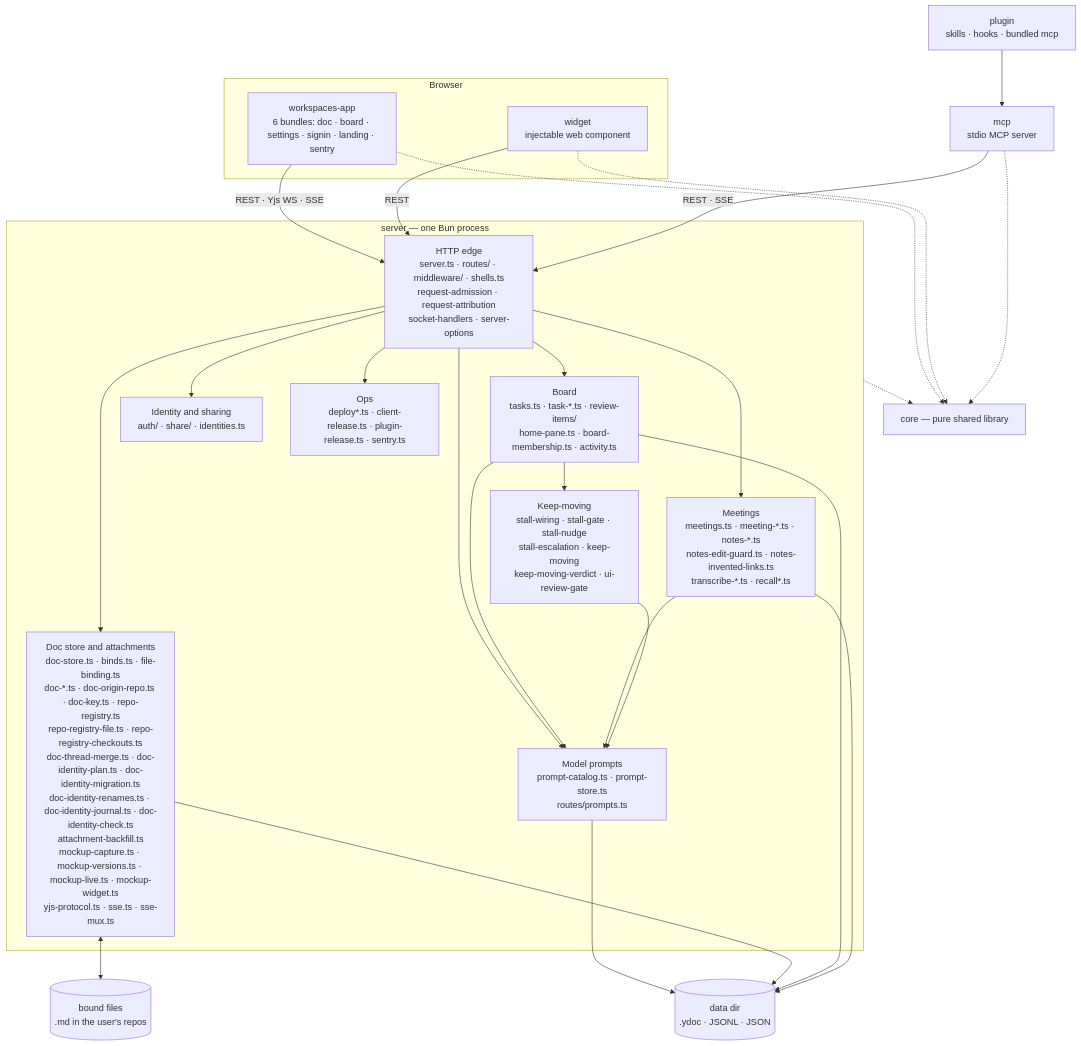
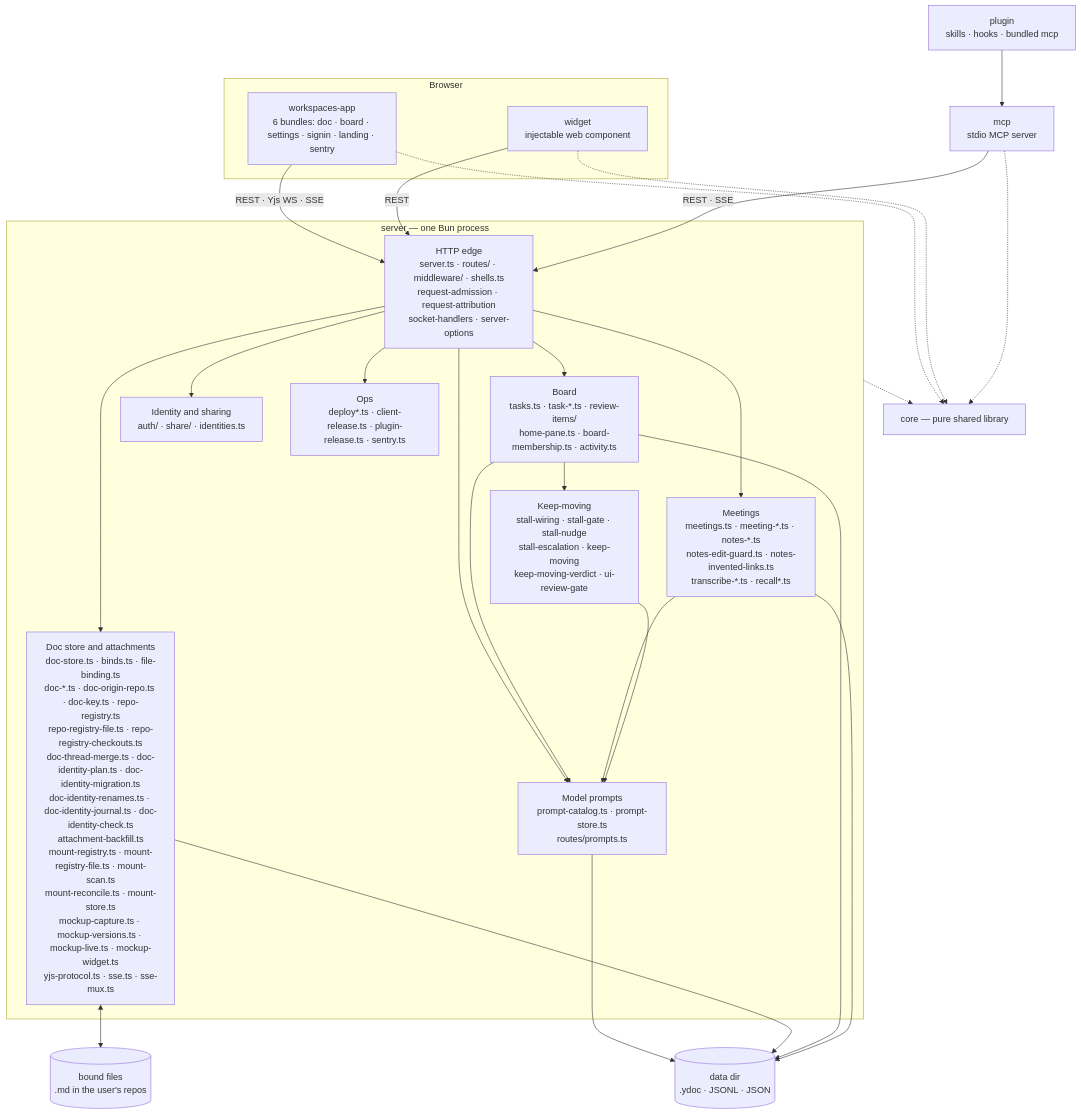
Before and after one commit to fryanpan/claude-workspaces-plugin: the first of 2 diagrams in docs/architecture/overview.md, drawn with Mermaid. The commit also changed other lines of this file and 23 other files, not shown here.

First line of the commit message:
A project's folders mount as its attachment storage, with addresses that survive updates, restarts and moves (#837)

````diff
--- a/docs/architecture/overview.md
+++ b/docs/architecture/overview.md
@@ -45,35 +45,35 @@
 ```mermaid
 flowchart TB
   subgraph browser[Browser]
     app["workspaces-app<br/>6 bundles: doc · board · settings · signin · landing · sentry"]
     wid["widget<br/>injectable web component"]
   end
   plug["plugin<br/>skills · hooks · bundled mcp"]
   mcp["mcp<br/>stdio MCP server"]
   subgraph srv["server — one Bun process"]
     edge["HTTP edge<br/>server.ts · routes/ · middleware/ · shells.ts<br/>request-admission · request-attribution<br/>socket-handlers · server-options"]
-    docs["Doc store and attachments<br/>doc-store.ts · binds.ts · file-binding.ts<br/>doc-*.ts · doc-origin-repo.ts · doc-key.ts · repo-registry.ts<br/>repo-registry-file.ts · repo-registry-checkouts.ts<br/>doc-thread-merge.ts · doc-identity-plan.ts · doc-identity-migration.ts<br/>doc-identity-renames.ts · doc-identity-journal.ts · doc-identity-check.ts<br/>attachment-backfill.ts<br/>mockup-capture.ts · mockup-versions.ts · mockup-live.ts · mockup-widget.ts<br/>yjs-protocol.ts · sse.ts · sse-mux.ts"]
+    docs["Doc store and attachments<br/>doc-store.ts · binds.ts · file-binding.ts<br/>doc-*.ts · doc-origin-repo.ts · doc-key.ts · repo-registry.ts<br/>repo-registry-file.ts · repo-registry-checkouts.ts<br/>doc-thread-merge.ts · doc-identity-plan.ts · doc-identity-migration.ts<br/>doc-identity-renames.ts · doc-identity-journal.ts · doc-identity-check.ts<br/>attachment-backfill.ts<br/>mount-registry.ts · mount-registry-file.ts · mount-scan.ts<br/>mount-reconcile.ts · mount-store.ts<br/>mockup-capture.ts · mockup-versions.ts · mockup-live.ts · mockup-widget.ts<br/>yjs-protocol.ts · sse.ts · sse-mux.ts"]
     board["Board<br/>tasks.ts · task-*.ts · review-items/<br/>home-pane.ts · board-membership.ts · activity.ts"]
     meet["Meetings<br/>meetings.ts · meeting-*.ts · notes-*.ts<br/>notes-edit-guard.ts · notes-invented-links.ts<br/>transcribe-*.ts · recall*.ts"]
     keep["Keep-moving<br/>stall-wiring · stall-gate · stall-nudge<br/>stall-escalation · keep-moving<br/>keep-moving-verdict · ui-review-gate"]
     ident["Identity and sharing<br/>auth/ · share/ · identities.ts"]
     prompts["Model prompts<br/>prompt-catalog.ts · prompt-store.ts<br/>routes/prompts.ts"]
     ops["Ops<br/>deploy*.ts · client-release.ts · plugin-release.ts · sentry.ts"]
   end
   core["core — pure shared library"]
   disk[("data dir<br/>.ydoc · JSONL · JSON")]
   files[("bound files<br/>.md in the user's repos")]
 
   app -->|"REST · Yjs WS · SSE"| edge
   wid -->|REST| edge
   plug --> mcp
   mcp -->|"REST · SSE"| edge
   edge --> docs & board & meet & ident & ops & prompts
   board & meet & keep --> prompts
   prompts --> disk
   board --> keep
   docs <--> files
   docs & board & meet --> disk
   app & wid & mcp -.-> core
   srv -.-> core
 ```
````
